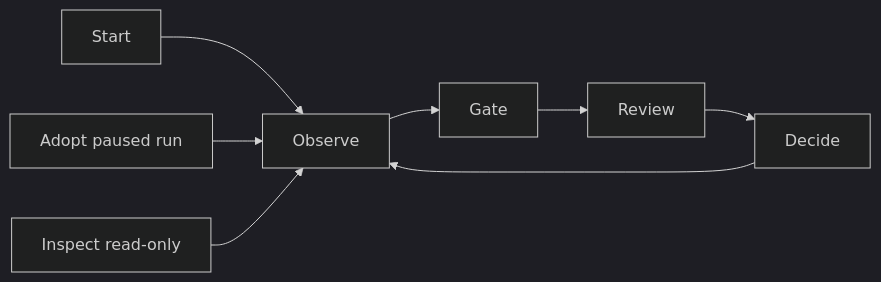
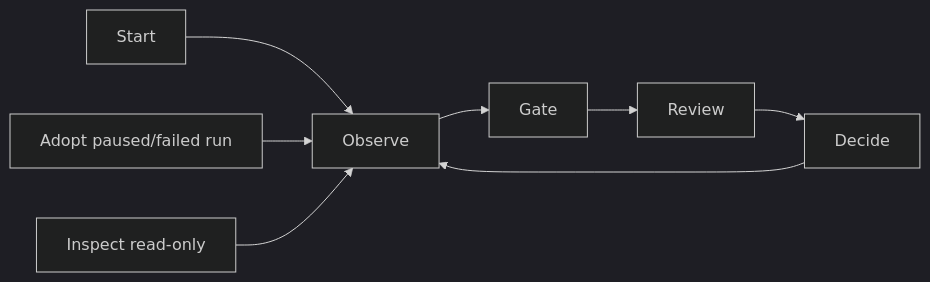
The diagram in docs/architecture/01-introduction-and-goals.md (markuswondrak/spec-kit-workflow-cockpit), drawn with Mermaid (dark theme) before and after one commit. The commit also changed other lines of this file and 32 other files, not shown here.

Commit message:
feat: Feature: Resume a failed run (adopt and resume from the failing step) (#19)

````diff
--- a/docs/architecture/01-introduction-and-goals.md
+++ b/docs/architecture/01-introduction-and-goals.md
@@ -18,10 +18,10 @@
 ```mermaid
 flowchart LR
     start[Start] --> observe[Observe]
-    adopt[Adopt paused run] --> observe
+    adopt[Adopt paused/failed run] --> observe
     inspect[Inspect read-only] --> observe
     observe --> gate[Gate]
     gate --> review[Review]
     review --> decide[Decide]
     decide --> observe
 ```
````
